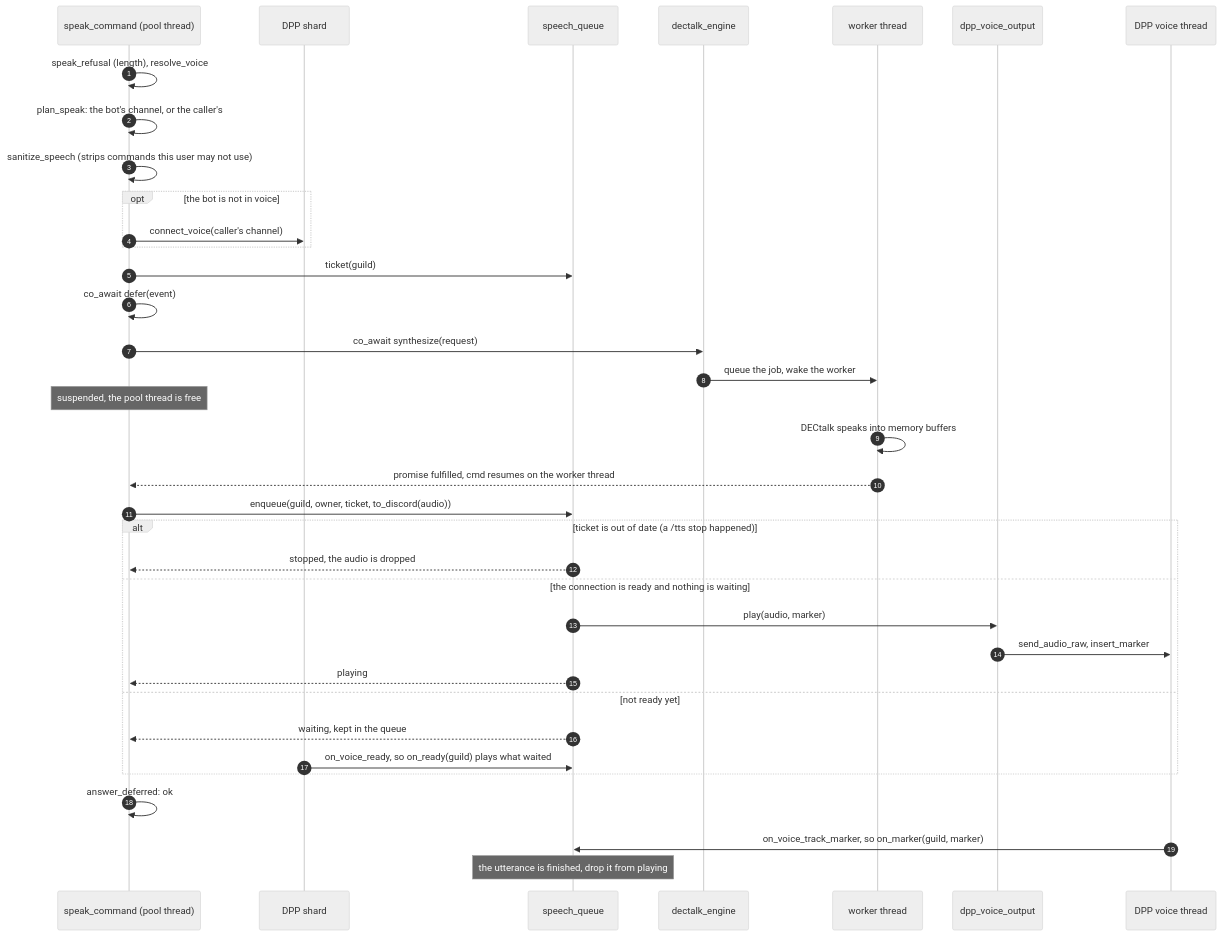
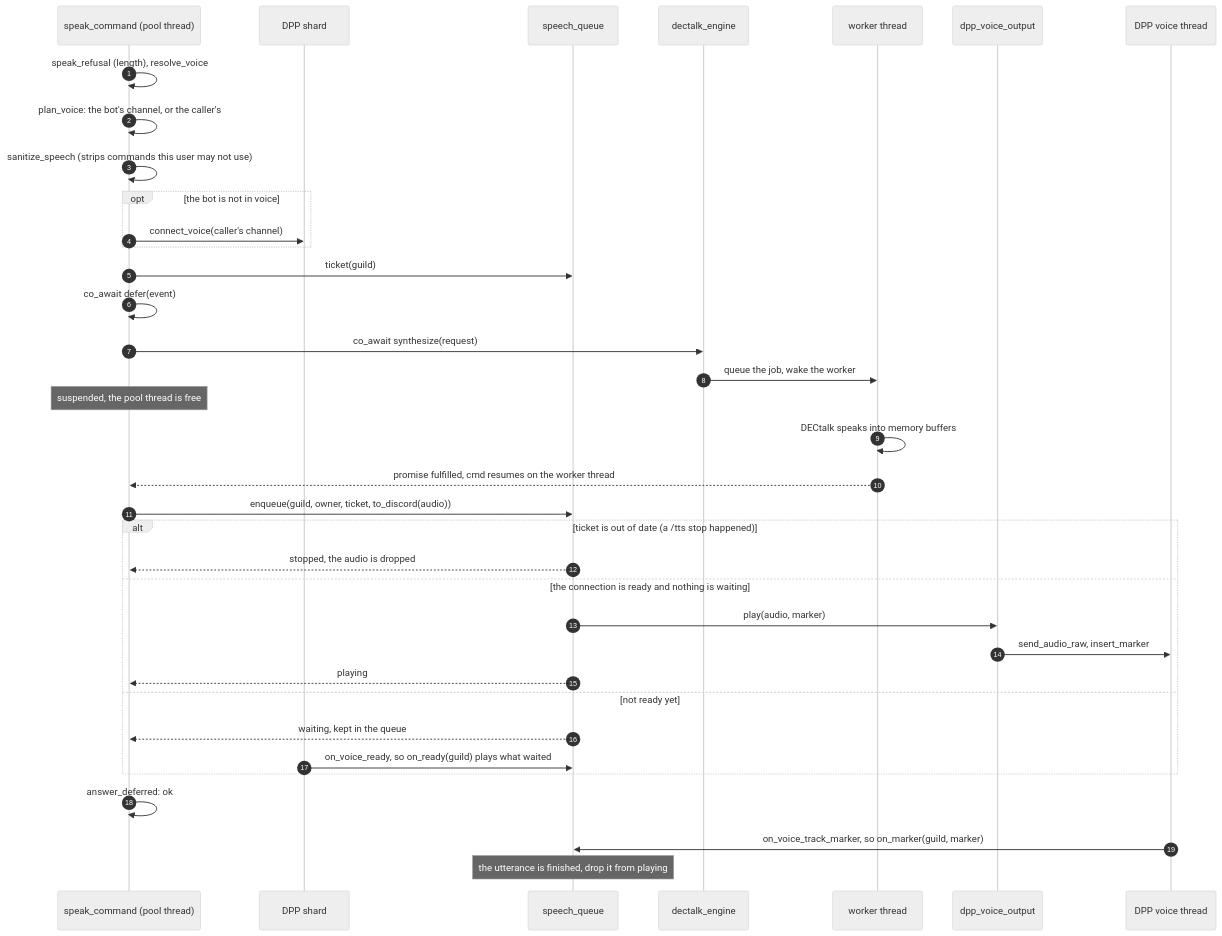
One commit to mhorn00/LatiBot-cpp changed the ninth of 14 diagrams in docs/architecture/Execution_Flow.md. Above: the diagram before and after it, drawn with Mermaid (neutral theme). The commit also changed 9 other files, not shown here.

````diff
--- a/docs/architecture/Execution_Flow.md
+++ b/docs/architecture/Execution_Flow.md
@@ -507,39 +507,39 @@
 ```mermaid
 sequenceDiagram
     autonumber
     participant cmd as speak_command (pool thread)
     participant shard as DPP shard
     participant q as speech_queue
     participant eng as dectalk_engine
     participant w as worker thread
     participant out as dpp_voice_output
     participant vc as DPP voice thread
 
     cmd->>cmd: speak_refusal (length), resolve_voice
-    cmd->>cmd: plan_speak: the bot's channel, or the caller's
+    cmd->>cmd: plan_voice: the bot's channel, or the caller's
     cmd->>cmd: sanitize_speech (strips commands this user may not use)
     opt the bot is not in voice
         cmd->>shard: connect_voice(caller's channel)
     end
     cmd->>q: ticket(guild)
     cmd->>cmd: co_await defer(event)
     cmd->>eng: co_await synthesize(request)
     eng->>w: queue the job, wake the worker
     Note over cmd: suspended, the pool thread is free
     w->>w: DECtalk speaks into memory buffers
     w-->>cmd: promise fulfilled, cmd resumes on the worker thread
     cmd->>q: enqueue(guild, owner, ticket, to_discord(audio))
     alt ticket is out of date (a /tts stop happened)
         q-->>cmd: stopped, the audio is dropped
     else the connection is ready and nothing is waiting
         q->>out: play(audio, marker)
         out->>vc: send_audio_raw, insert_marker
         q-->>cmd: playing
     else not ready yet
         q-->>cmd: waiting, kept in the queue
         shard->>q: on_voice_ready, so on_ready(guild) plays what waited
     end
     cmd->>cmd: answer_deferred: ok
     vc->>q: on_voice_track_marker, so on_marker(guild, marker)
     Note over q: the utterance is finished, drop it from playing
 ```
````
